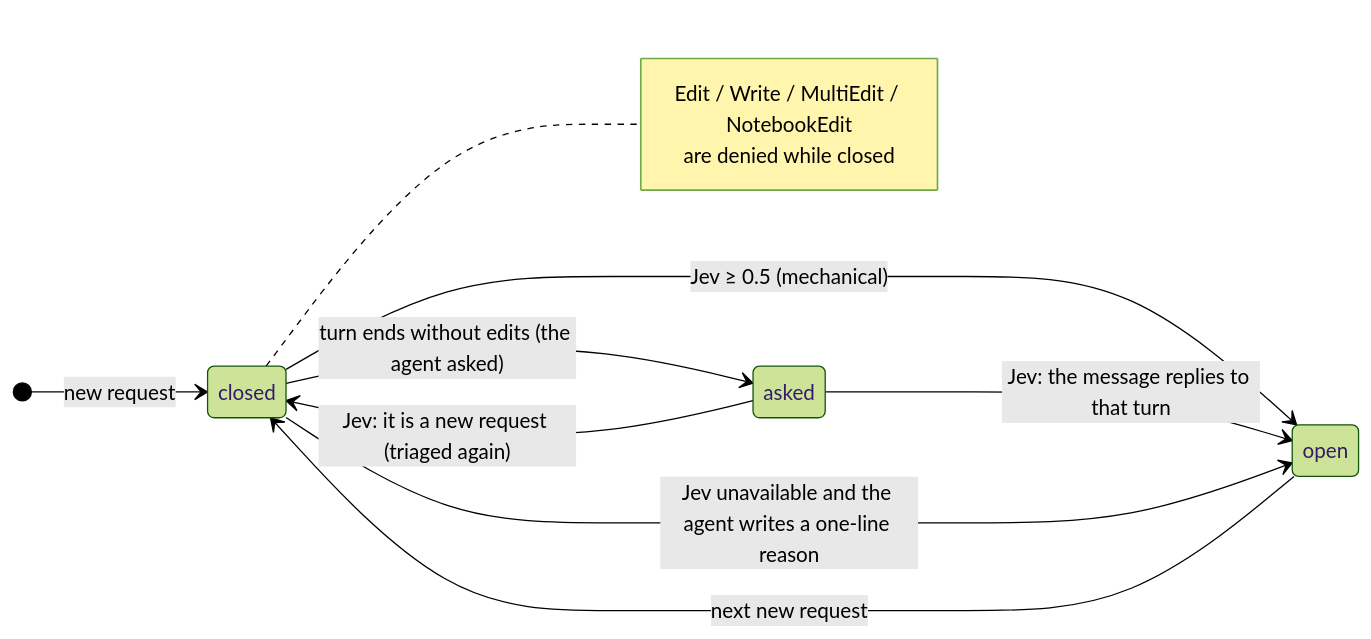
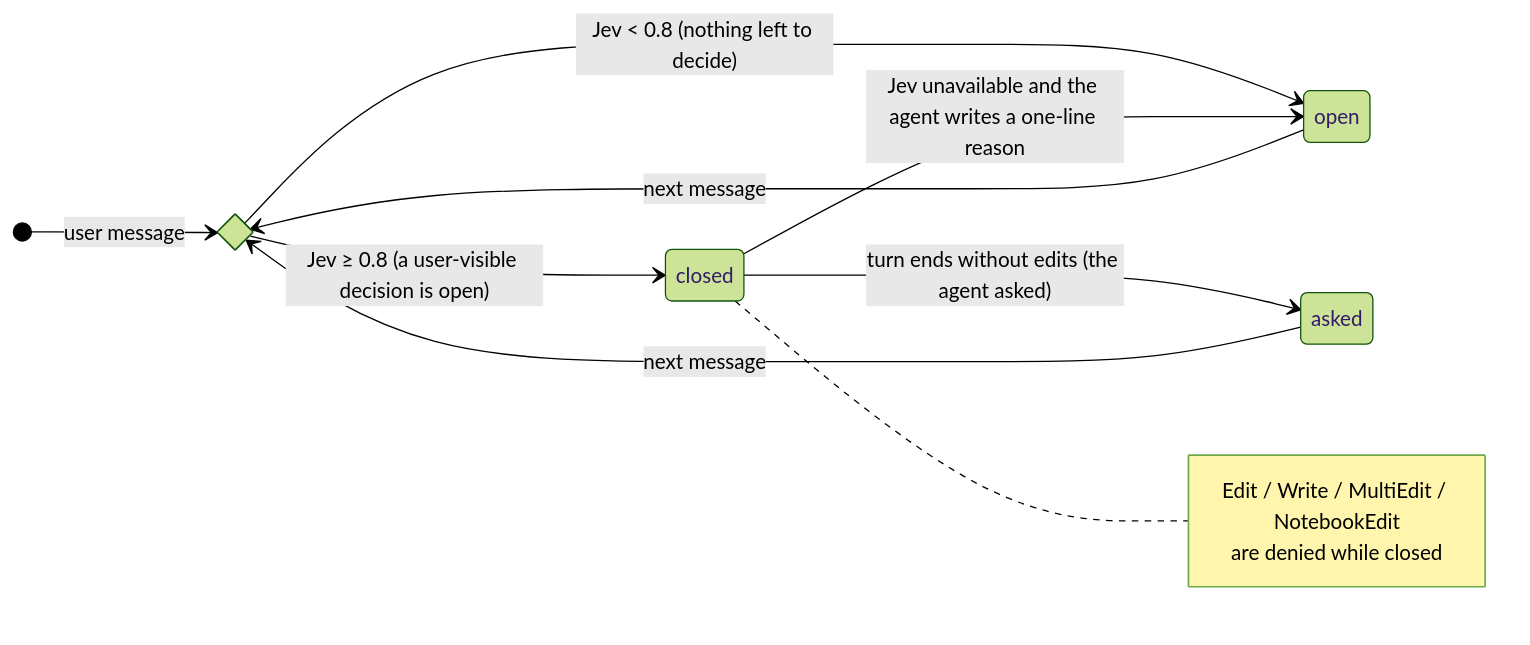
One commit to beyondworks/lean-forge changed the second of 3 diagrams in README.md. Above: the diagram before and after it, drawn with Mermaid (forest theme). The commit also changed other lines of this file and 5 other files, not shown here.

First line of the commit message:
fix(settle): judge each message with the agent's last message, so a go-ahead keeps edits open

````diff
--- a/README.md
+++ b/README.md
@@ -65,15 +65,16 @@
 ```mermaid
 stateDiagram-v2
     direction LR
-    [*] --> closed: new request
-    closed --> open: Jev ≥ 0.5 (mechanical)
+    state judge <<choice>>
+    [*] --> judge: user message
+    judge --> open: Jev < 0.8 (nothing left to decide)
+    judge --> closed: Jev ≥ 0.8 (a user-visible decision is open)
     closed --> asked: turn ends without edits (the agent asked)
-    asked --> open: Jev: the message replies to that turn
-    asked --> closed: Jev: it is a new request (triaged again)
-    open --> closed: next new request
+    asked --> judge: next message
+    open --> judge: next message
     closed --> open: Jev unavailable and the agent writes a one-line reason
     note right of closed
         Edit / Write / MultiEdit / NotebookEdit
         are denied while closed
     end note
 ```
````
